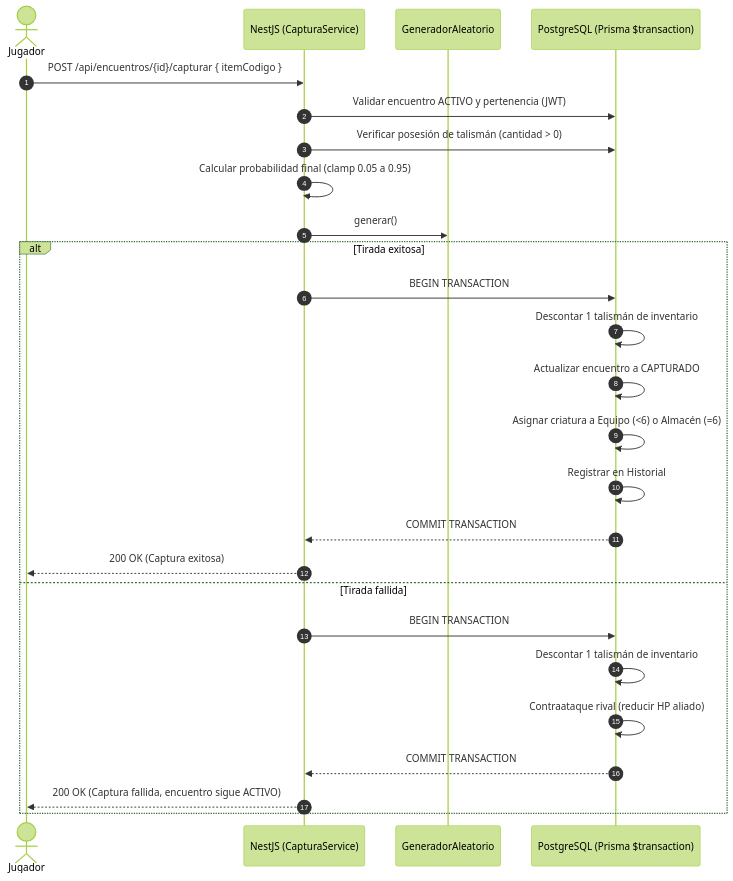
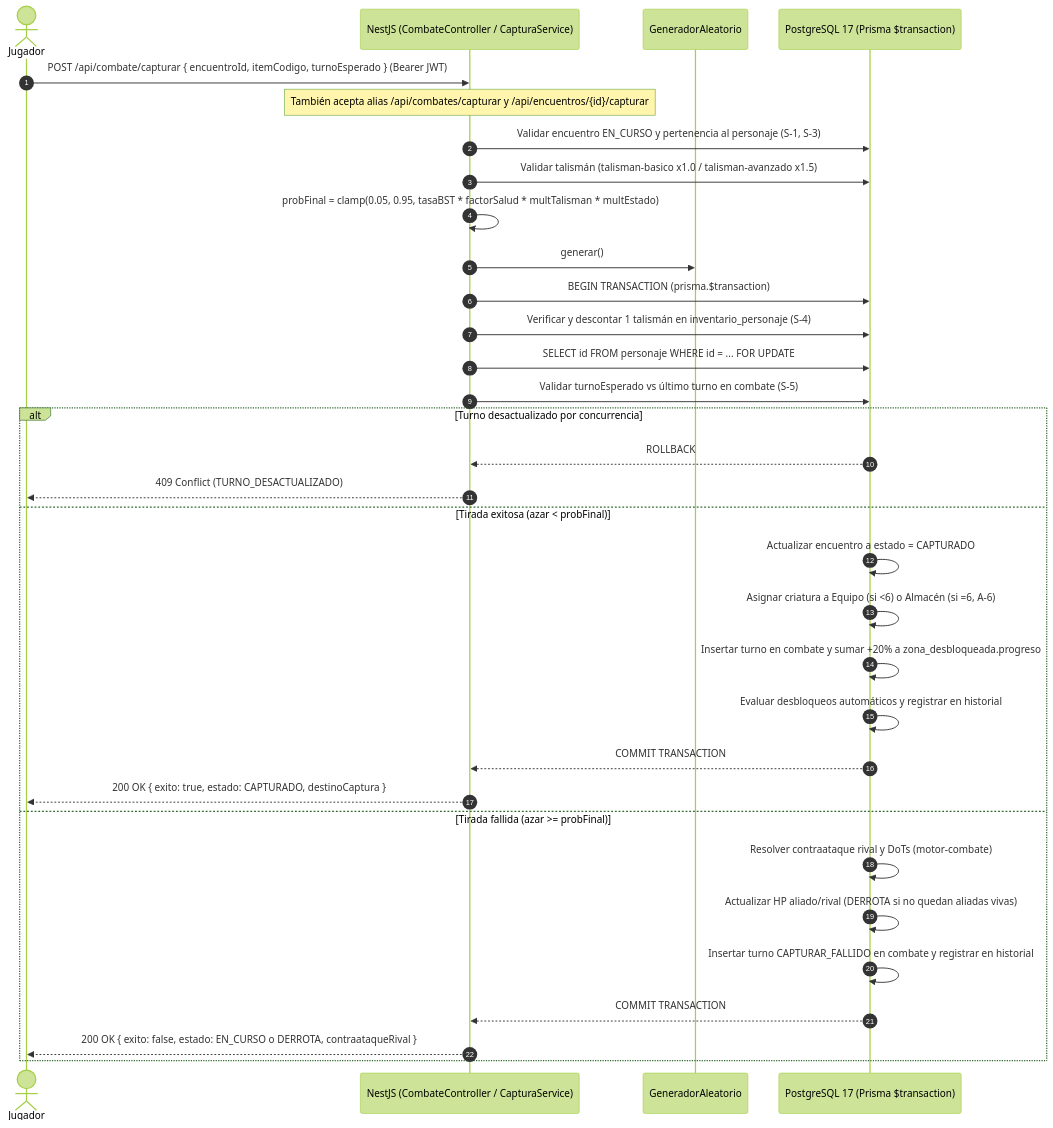
Before and after one commit to EduardoVal3/aethelgard: the fourth of 4 diagrams in docs/informe/06-reglas-de-juego.md, drawn with Mermaid (forest theme). The commit also changed other lines of this file and 2 other files, not shown here.

````diff
--- a/docs/informe/06-reglas-de-juego.md
+++ b/docs/informe/06-reglas-de-juego.md
@@ -254,29 +255,38 @@
 ```mermaid
 sequenceDiagram
     autonumber
     actor Jugador
-    participant API as NestJS (CapturaService)
+    participant API as NestJS (CombateController / CapturaService)
     participant Azar as GeneradorAleatorio
-    participant DB as PostgreSQL (Prisma $transaction)
+    participant DB as PostgreSQL 17 (Prisma $transaction)
 
-    Jugador->>API: POST /api/encuentros/{id}/capturar { itemCodigo }
-    API->>DB: Validar encuentro ACTIVO y pertenencia (JWT)
-    API->>DB: Verificar posesión de talismán (cantidad > 0)
-    API->>API: Calcular probabilidad final (clamp 0.05 a 0.95)
+    Jugador->>API: POST /api/combate/capturar { encuentroId, itemCodigo, turnoEsperado } (Bearer JWT)
+    Note over API: También acepta alias /api/combates/capturar y /api/encuentros/{id}/capturar
+    API->>DB: Validar encuentro EN_CURSO y pertenencia al personaje (S-1, S-3)
+    API->>DB: Validar talismán (talisman-basico x1.0 / talisman-avanzado x1.5)
+    API->>API: probFinal = clamp(0.05, 0.95, tasaBST * factorSalud * multTalisman * multEstado)
     API->>Azar: generar()
-    alt Tirada exitosa
-        API->>DB: BEGIN TRANSACTION
-        DB->>DB: Descontar 1 talismán de inventario
-        DB->>DB: Actualizar encuentro a CAPTURADO
-        DB->>DB: Asignar criatura a Equipo (<6) o Almacén (=6)
-        DB->>DB: Registrar en Historial
+
+    API->>DB: BEGIN TRANSACTION (prisma.$transaction)
+    API->>DB: Verificar y descontar 1 talismán en inventario_personaje (S-4)
+    API->>DB: SELECT id FROM personaje WHERE id = ... FOR UPDATE
+    API->>DB: Validar turnoEsperado vs último turno en combate (S-5)
+
+    alt Turno desactualizado por concurrencia
+        DB-->>API: ROLLBACK
+        API-->>Jugador: 409 Conflict (TURNO_DESACTUALIZADO)
+    else Tirada exitosa (azar < probFinal)
+        DB->>DB: Actualizar encuentro a estado = CAPTURADO
+        DB->>DB: Asignar criatura a Equipo (si <6) o Almacén (si =6, A-6)
+        DB->>DB: Insertar turno en combate y sumar +20% a zona_desbloqueada.progreso
+        DB->>DB: Evaluar desbloqueos automáticos y registrar en historial
         DB-->>API: COMMIT TRANSACTION
-        API-->>Jugador: 200 OK (Captura exitosa)
-    else Tirada fallida
-        API->>DB: BEGIN TRANSACTION
-        DB->>DB: Descontar 1 talismán de inventario
-        DB->>DB: Contraataque rival (reducir HP aliado)
+        API-->>Jugador: 200 OK { exito: true, estado: CAPTURADO, destinoCaptura }
+    else Tirada fallida (azar >= probFinal)
+        DB->>DB: Resolver contraataque rival y DoTs (motor-combate)
+        DB->>DB: Actualizar HP aliado/rival (DERROTA si no quedan aliadas vivas)
+        DB->>DB: Insertar turno CAPTURAR_FALLIDO en combate y registrar en historial
         DB-->>API: COMMIT TRANSACTION
-        API-->>Jugador: 200 OK (Captura fallida, encuentro sigue ACTIVO)
+        API-->>Jugador: 200 OK { exito: false, estado: EN_CURSO o DERROTA, contraataqueRival }
     end
 ```
````
